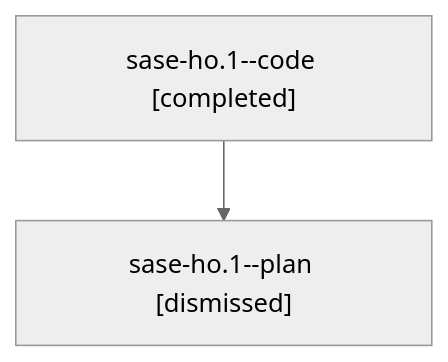
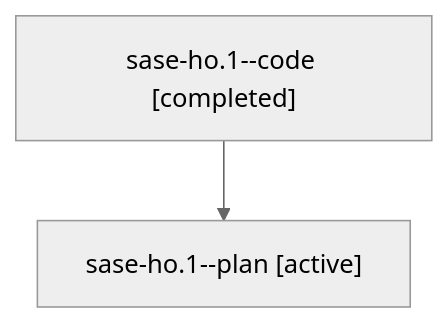
The diagram in families/bbugyi200.athena.sase-ho.1.md (sase-org/sase--agents), drawn with Mermaid (neutral theme) before and after one commit. The commit also changed other lines of this file and 35830 other files, not shown here.

````diff
--- a/families/bbugyi200.athena.sase-ho.1.md
+++ b/families/bbugyi200.athena.sase-ho.1.md
@@ -9,6 +9,6 @@
 ```mermaid
 flowchart TD
   n0["sase-ho.1--code [completed]"]
-  n1["sase-ho.1--plan [dismissed]"]
+  n1["sase-ho.1--plan [active]"]
   n0 --> n1
 ```
````
